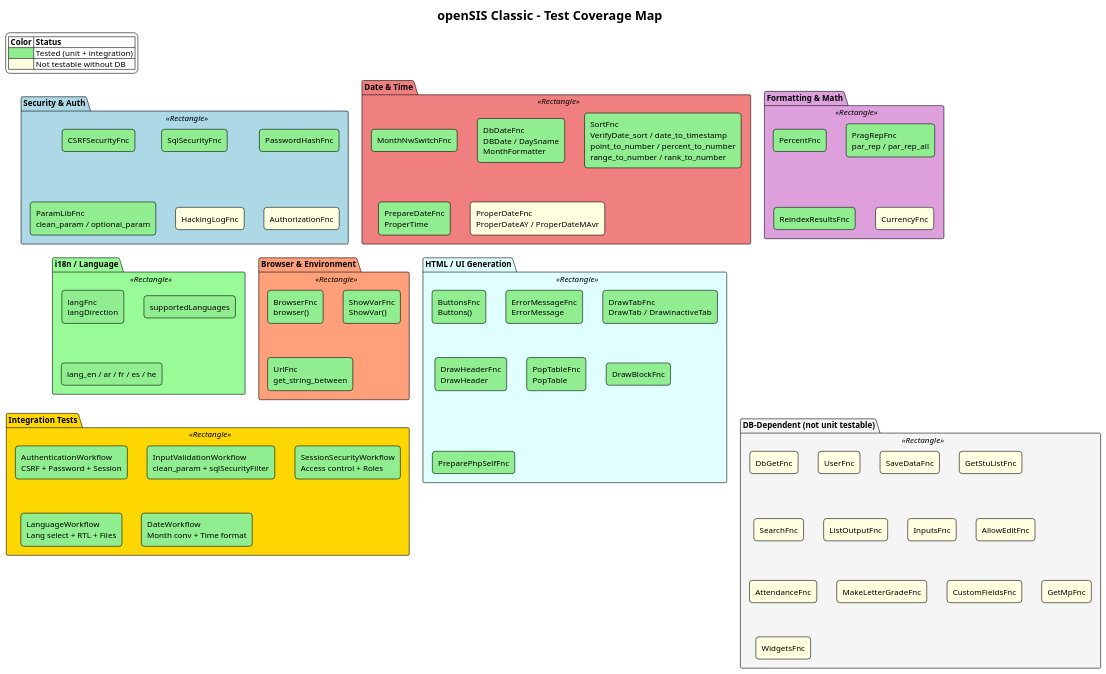
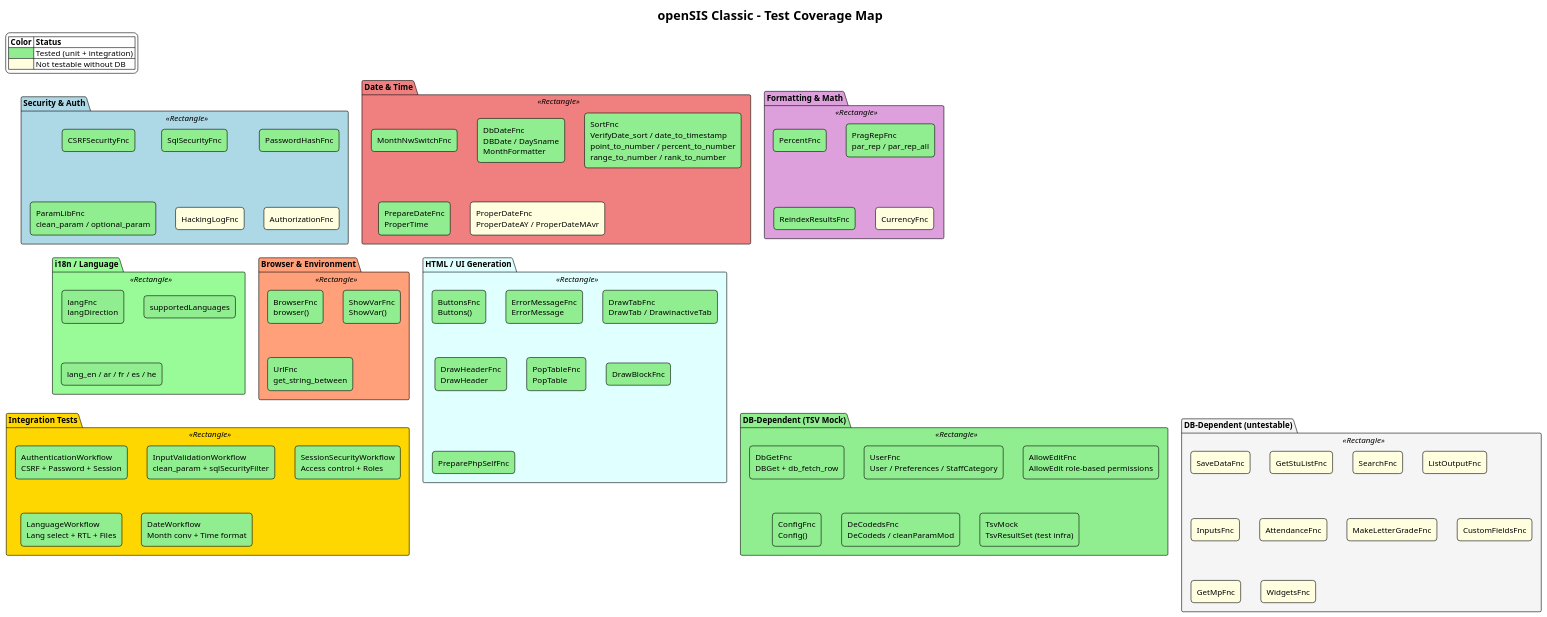
The diagram in docs/diagrams/test-coverage.puml (CLK-AL/openSIS-Classic), drawn with PlantUML before and after one commit. The commit also changed 8 other files, not shown here.

```diff
--- a/docs/diagrams/test-coverage.puml
+++ b/docs/diagrams/test-coverage.puml
@@ -1,86 +1,92 @@
 @startuml test-coverage
 !theme plain
 title openSIS Classic - Test Coverage Map
 
 skinparam defaultTextAlignment left
 skinparam rectangle {
     roundCorner 10
 }
 
 legend top left
   |= Color |= Status |
   | <#90EE90> | Tested (unit + integration) |
   | <#FFFFE0> | Not testable without DB |
 endlegend
 
 package "Security & Auth" <<Rectangle>> #LightBlue {
     rectangle "CSRFSecurityFnc" as csrf #90EE90
     rectangle "SqlSecurityFnc" as sql #90EE90
     rectangle "PasswordHashFnc" as pwd #90EE90
     rectangle "ParamLibFnc\nclean_param / optional_param" as param #90EE90
     rectangle "HackingLogFnc" as hack #FFFFE0
     rectangle "AuthorizationFnc" as auth #FFFFE0
 }
 
 package "Date & Time" <<Rectangle>> #LightCoral {
     rectangle "MonthNwSwitchFnc" as mnw #90EE90
     rectangle "DbDateFnc\nDBDate / DaySname\nMonthFormatter" as dbdate #90EE90
     rectangle "SortFnc\nVerifyDate_sort / date_to_timestamp\npoint_to_number / percent_to_number\nrange_to_number / rank_to_number" as sort #90EE90
     rectangle "PrepareDateFnc\nProperTime" as pdate #90EE90
     rectangle "ProperDateFnc\nProperDateAY / ProperDateMAvr" as propdate #FFFFE0
 }
 
 package "Formatting & Math" <<Rectangle>> #Plum {
     rectangle "PercentFnc" as pct #90EE90
     rectangle "PragRepFnc\npar_rep / par_rep_all" as preg #90EE90
     rectangle "ReindexResultsFnc" as reidx #90EE90
     rectangle "CurrencyFnc" as curr #FFFFE0
 }
 
 package "i18n / Language" <<Rectangle>> #PaleGreen {
     rectangle "langFnc\nlangDirection" as lang #90EE90
     rectangle "supportedLanguages" as suplang #90EE90
     rectangle "lang_en / ar / fr / es / he" as langfiles #90EE90
 }
 
 package "Browser & Environment" <<Rectangle>> #LightSalmon {
     rectangle "BrowserFnc\nbrowser()" as browser #90EE90
     rectangle "ShowVarFnc\nShowVar()" as showvar #90EE90
     rectangle "UrlFnc\nget_string_between" as url #90EE90
 }
 
 package "HTML / UI Generation" <<Rectangle>> #LightCyan {
     rectangle "ButtonsFnc\nButtons()" as btns #90EE90
     rectangle "ErrorMessageFnc\nErrorMessage" as errmsg #90EE90
     rectangle "DrawTabFnc\nDrawTab / DrawinactiveTab" as dtab #90EE90
     rectangle "DrawHeaderFnc\nDrawHeader" as dhdr #90EE90
     rectangle "PopTableFnc\nPopTable" as ptbl #90EE90
     rectangle "DrawBlockFnc" as dblk #90EE90
     rectangle "PreparePhpSelfFnc" as phpself #90EE90
 }
 
 package "Integration Tests" <<Rectangle>> #Gold {
     rectangle "AuthenticationWorkflow\nCSRF + Password + Session" as intauth #90EE90
     rectangle "InputValidationWorkflow\nclean_param + sqlSecurityFilter" as intinput #90EE90
     rectangle "SessionSecurityWorkflow\nAccess control + Roles" as intsess #90EE90
     rectangle "LanguageWorkflow\nLang select + RTL + Files" as intlang #90EE90
     rectangle "DateWorkflow\nMonth conv + Time format" as intdate #90EE90
 }
 
-package "DB-Dependent (not unit testable)" <<Rectangle>> #WhiteSmoke {
-    rectangle "DbGetFnc" as dbget #FFFFE0
-    rectangle "UserFnc" as userfnc #FFFFE0
+package "DB-Dependent (TSV Mock)" <<Rectangle>> #LightGreen {
+    rectangle "DbGetFnc\nDBGet + db_fetch_row" as dbget #90EE90
+    rectangle "UserFnc\nUser / Preferences / StaffCategory" as userfnc #90EE90
+    rectangle "AllowEditFnc\nAllowEdit role-based permissions" as allow #90EE90
+    rectangle "ConfigFnc\nConfig()" as configfnc #90EE90
+    rectangle "DeCodedsFnc\nDeCodeds / cleanParamMod" as decodeds #90EE90
+    rectangle "TsvMock\nTsvResultSet (test infra)" as tsvmock #90EE90
+}
+
+package "DB-Dependent (untestable)" <<Rectangle>> #WhiteSmoke {
     rectangle "SaveDataFnc" as savedata #FFFFE0
     rectangle "GetStuListFnc" as stulist #FFFFE0
     rectangle "SearchFnc" as search #FFFFE0
     rectangle "ListOutputFnc" as listout #FFFFE0
     rectangle "InputsFnc" as inputs #FFFFE0
-    rectangle "AllowEditFnc" as allow #FFFFE0
     rectangle "AttendanceFnc" as attfnc #FFFFE0
     rectangle "MakeLetterGradeFnc" as mlg #FFFFE0
     rectangle "CustomFieldsFnc" as cf #FFFFE0
     rectangle "GetMpFnc" as getmp #FFFFE0
     rectangle "WidgetsFnc" as widgets #FFFFE0
 }
 
 @enduml
```
